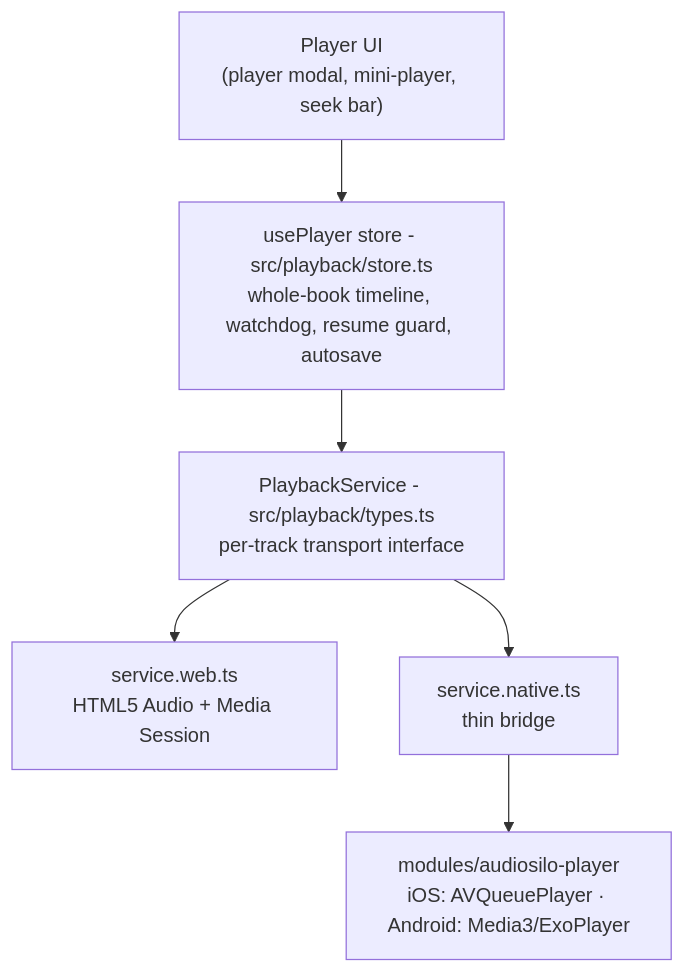
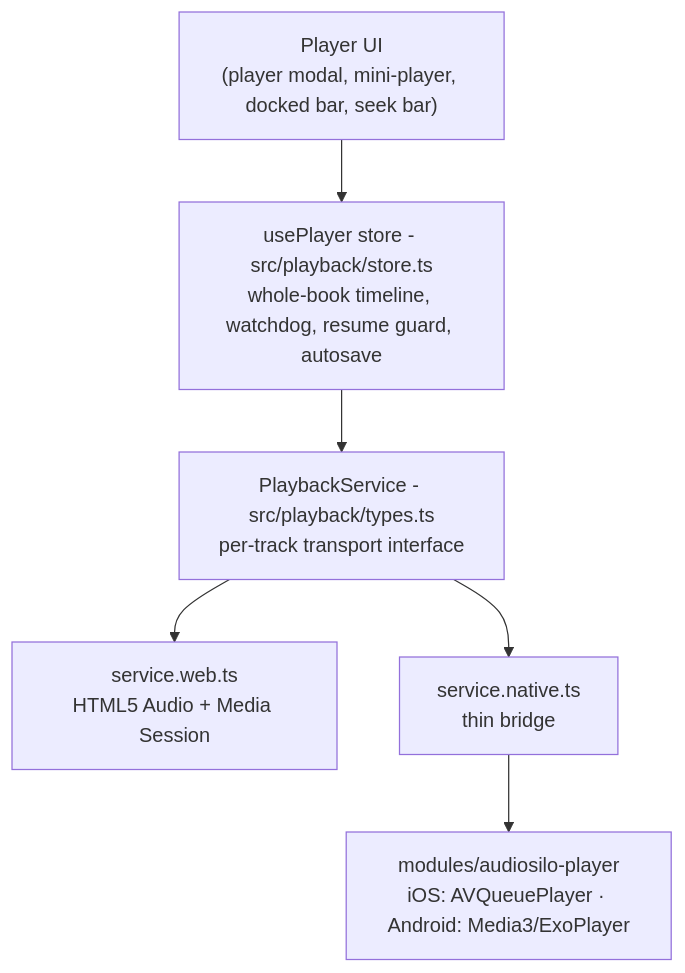
One commit to KodeStar/audiosilo-docs changed the first of 3 diagrams in docs-developers/frontend/playback.md. Above: the diagram before and after it, drawn with Mermaid. The commit also changed other lines of this file and 10 other files, not shown here.

````diff
--- a/docs-developers/frontend/playback.md
+++ b/docs-developers/frontend/playback.md
@@ -9,12 +9,12 @@
 ```mermaid
 flowchart TD
-    ui["Player UI<br/>(player modal, mini-player, seek bar)"]
+    ui["Player UI<br/>(player modal, mini-player, docked bar, seek bar)"]
     store["usePlayer store - src/playback/store.ts<br/>whole-book timeline, watchdog, resume guard, autosave"]
     svc["PlaybackService - src/playback/types.ts<br/>per-track transport interface"]
     web["service.web.ts<br/>HTML5 Audio + Media Session"]
     native["service.native.ts<br/>thin bridge"]
     mod["modules/audiosilo-player<br/>iOS: AVQueuePlayer · Android: Media3/ExoPlayer"]
     ui --> store --> svc
     svc --> web
     svc --> native --> mod
 ```
````
